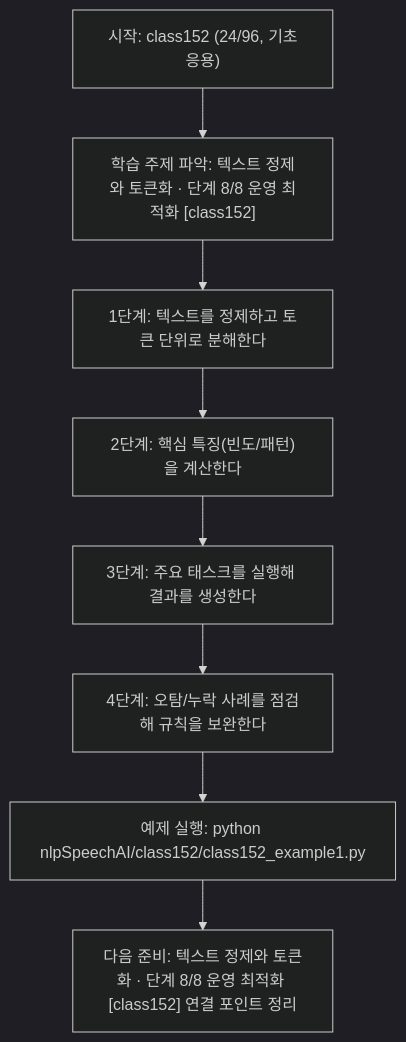
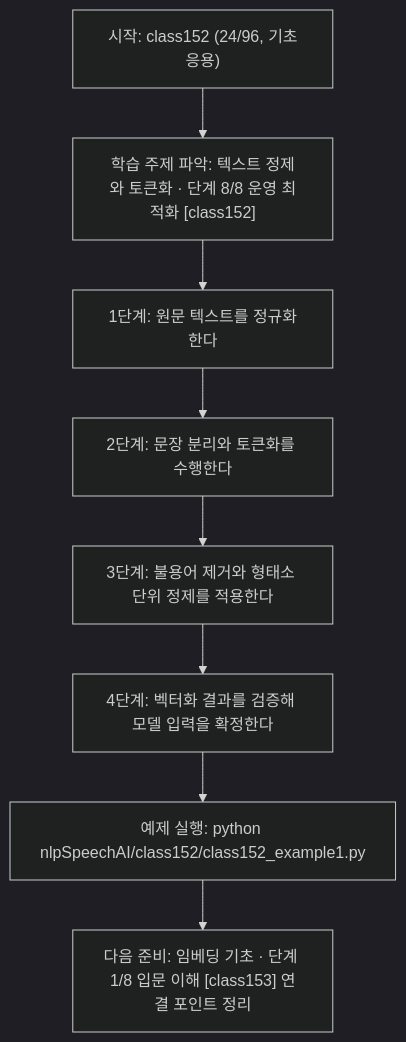
The diagram in nlpSpeechAI/class152/class152.md (edumgt/Python-AI_Agent-Class), drawn with Mermaid (dark theme) before and after one commit. The commit also changed other lines of this file and 1122 other files, not shown here.

````diff
--- a/nlpSpeechAI/class152/class152.md
+++ b/nlpSpeechAI/class152/class152.md
@@ -114,18 +95,18 @@
 ```mermaid
 flowchart TD
 N1["시작: class152 (24/96, 기초응용)"]
 N2["학습 주제 파악: 텍스트 정제와 토큰화 · 단계 8/8 운영 최적화 [class152]"]
-N3["1단계: 텍스트를 정제하고 토큰 단위로 분해한다"]
-N4["2단계: 핵심 특징(빈도/패턴)을 계산한다"]
-N5["3단계: 주요 태스크를 실행해 결과를 생성한다"]
-N6["4단계: 오탐/누락 사례를 점검해 규칙을 보완한다"]
+N3["1단계: 원문 텍스트를 정규화한다"]
+N4["2단계: 문장 분리와 토큰화를 수행한다"]
+N5["3단계: 불용어 제거와 형태소 단위 정제를 적용한다"]
+N6["4단계: 벡터화 결과를 검증해 모델 입력을 확정한다"]
 N7["예제 실행: python nlpSpeechAI/class152/class152_example1.py"]
-N8["다음 준비: 텍스트 정제와 토큰화 · 단계 8/8 운영 최적화 [class152] 연결 포인트 정리"]
+N8["다음 준비: 임베딩 기초 · 단계 1/8 입문 이해 [class153] 연결 포인트 정리"]
 N1 --> N2
 N2 --> N3
 N3 --> N4
 N4 --> N5
 N5 --> N6
 N6 --> N7
 N7 --> N8
 ```
````
